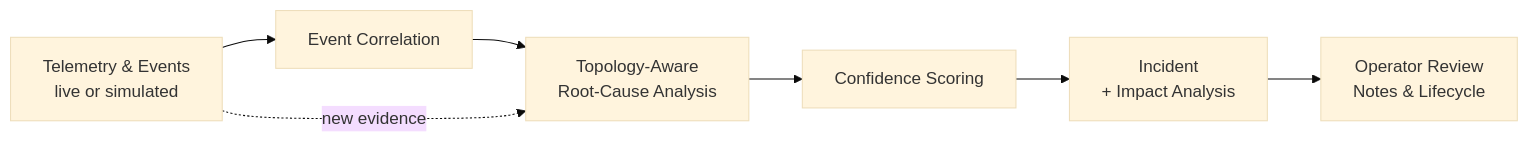
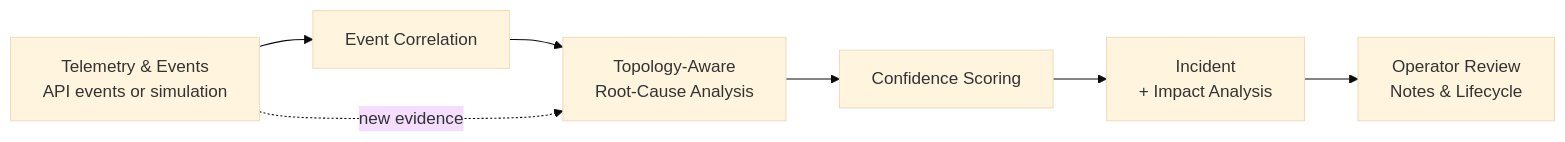
Before and after one commit to lsequx/Nexus: the first of 2 diagrams in README.md, drawn with Mermaid (base theme). The commit also changed other lines of this file, not shown here.

````diff
--- a/README.md
+++ b/README.md
@@ -92,9 +92,9 @@
 ```mermaid
 flowchart LR
-    A[Telemetry & Events<br/>live or simulated] --> B[Event Correlation]
+    A[Telemetry & Events<br/>API events or simulation] --> B[Event Correlation]
     B --> C[Topology-Aware<br/>Root-Cause Analysis]
     C --> D[Confidence Scoring]
     D --> E[Incident<br/>+ Impact Analysis]
     E --> F[Operator Review<br/>Notes & Lifecycle]
     A -. new evidence .-> C
 ```
````
